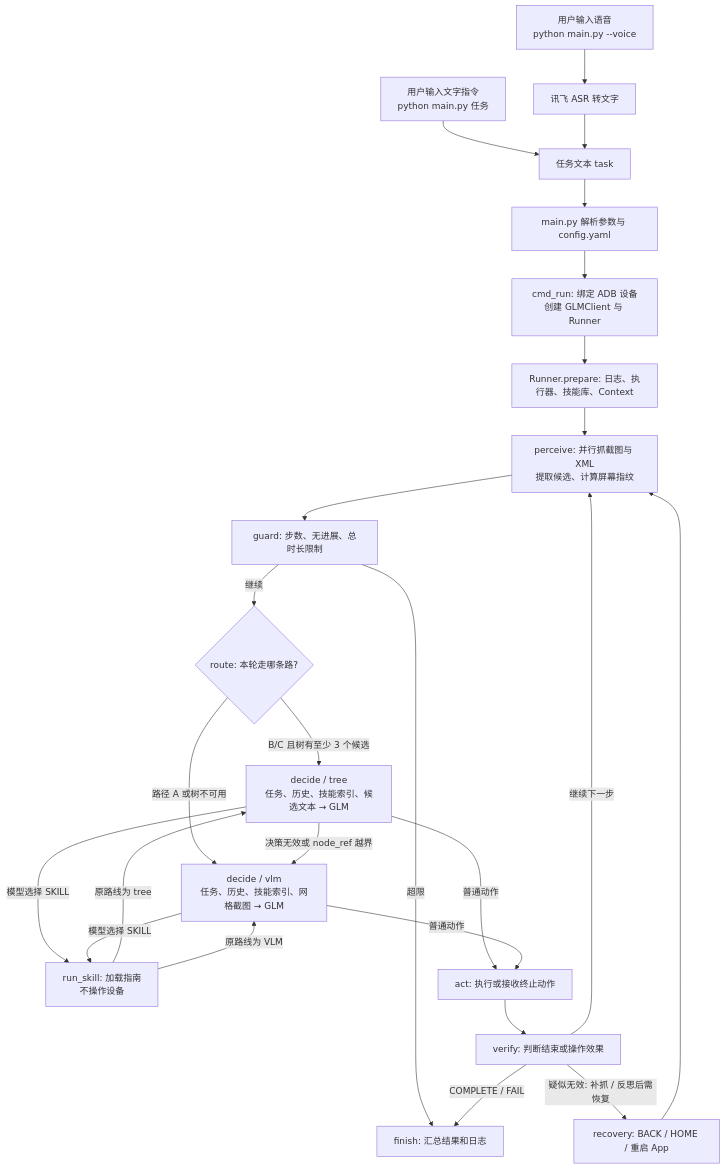
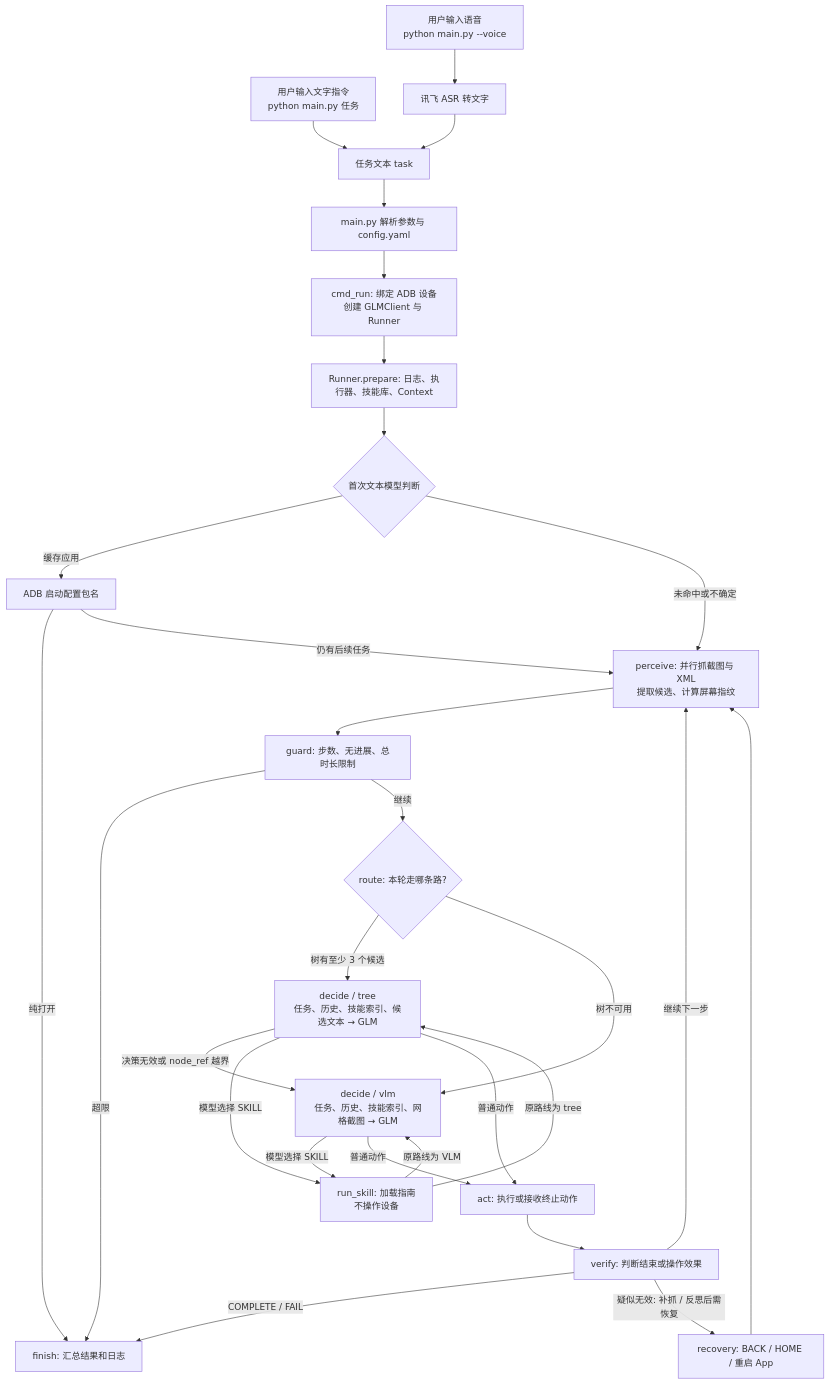
One commit to blossomF/AutomotiveGUI changed the diagram in doc/代码流程与联调日志导读.md. Above: the diagram before and after it, drawn with Mermaid. The commit also changed other lines of this file and 22 other files, not shown here.

````diff
--- a/doc/代码流程与联调日志导读.md
+++ b/doc/代码流程与联调日志导读.md
@@ -9,26 +9,30 @@
 ```mermaid
 flowchart TD
     TEXT["用户输入文字指令<br/>python main.py 任务"] --> TASK["任务文本 task"]
     VOICE["用户输入语音<br/>python main.py --voice"] --> ASR["讯飞 ASR 转文字"] --> TASK
     TASK --> CONFIG["main.py 解析参数与 config.yaml"]
     CONFIG --> BIND["cmd_run: 绑定 ADB 设备<br/>创建 GLMClient 与 Runner"]
     BIND --> PREP["Runner.prepare: 日志、执行器、技能库、Context"]
-    PREP --> OBS["perceive: 并行抓截图与 XML<br/>提取候选、计算屏幕指纹"]
+    PREP --> INIT{"首次文本模型判断"}
+    INIT -->|缓存应用| LAUNCH["ADB 启动配置包名"]
+    LAUNCH -->|纯打开| FINISH["finish: 汇总结果和日志"]
+    LAUNCH -->|仍有后续任务| OBS["perceive: 并行抓截图与 XML<br/>提取候选、计算屏幕指纹"]
+    INIT -->|未命中或不确定| OBS
     OBS --> GUARD["guard: 步数、无进展、总时长限制"]
     GUARD -->|超限| FINISH["finish: 汇总结果和日志"]
     GUARD -->|继续| ROUTE{"route: 本轮走哪条路?"}
-    ROUTE -->|B/C 且树有至少 3 个候选| TREE["decide / tree<br/>任务、历史、技能索引、候选文本 → GLM"]
-    ROUTE -->|路径 A 或树不可用| VLM["decide / vlm<br/>任务、历史、技能索引、网格截图 → GLM"]
+    ROUTE -->|树有至少 3 个候选| TREE["decide / tree<br/>任务、历史、技能索引、候选文本 → GLM"]
+    ROUTE -->|树不可用| VLM["decide / vlm<br/>任务、历史、技能索引、网格截图 → GLM"]
     TREE -->|决策无效或 node_ref 越界| VLM
     TREE -->|模型选择 SKILL| SKILL["run_skill: 加载指南<br/>不操作设备"]
     VLM -->|模型选择 SKILL| SKILL
     SKILL -->|原路线为 tree| TREE
     SKILL -->|原路线为 VLM| VLM
     TREE -->|普通动作| ACT["act: 执行或接收终止动作"]
     VLM -->|普通动作| ACT
     ACT --> VERIFY["verify: 判断结束或操作效果"]
     VERIFY -->|COMPLETE / FAIL| FINISH
     VERIFY -->|继续下一步| OBS
     VERIFY -->|疑似无效: 补抓 / 反思后需恢复| RECOVERY["recovery: BACK / HOME / 重启 App"]
     RECOVERY --> OBS
 ```
````
